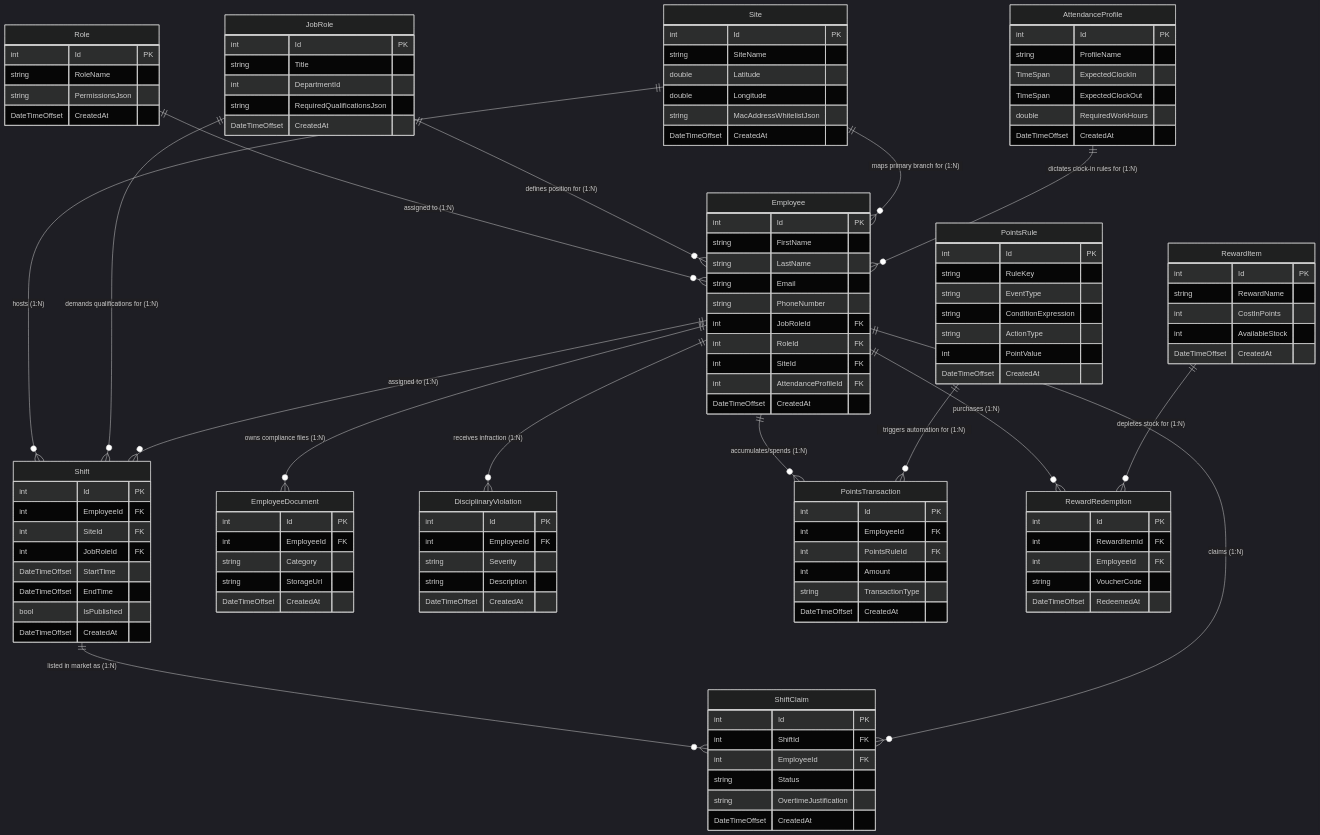
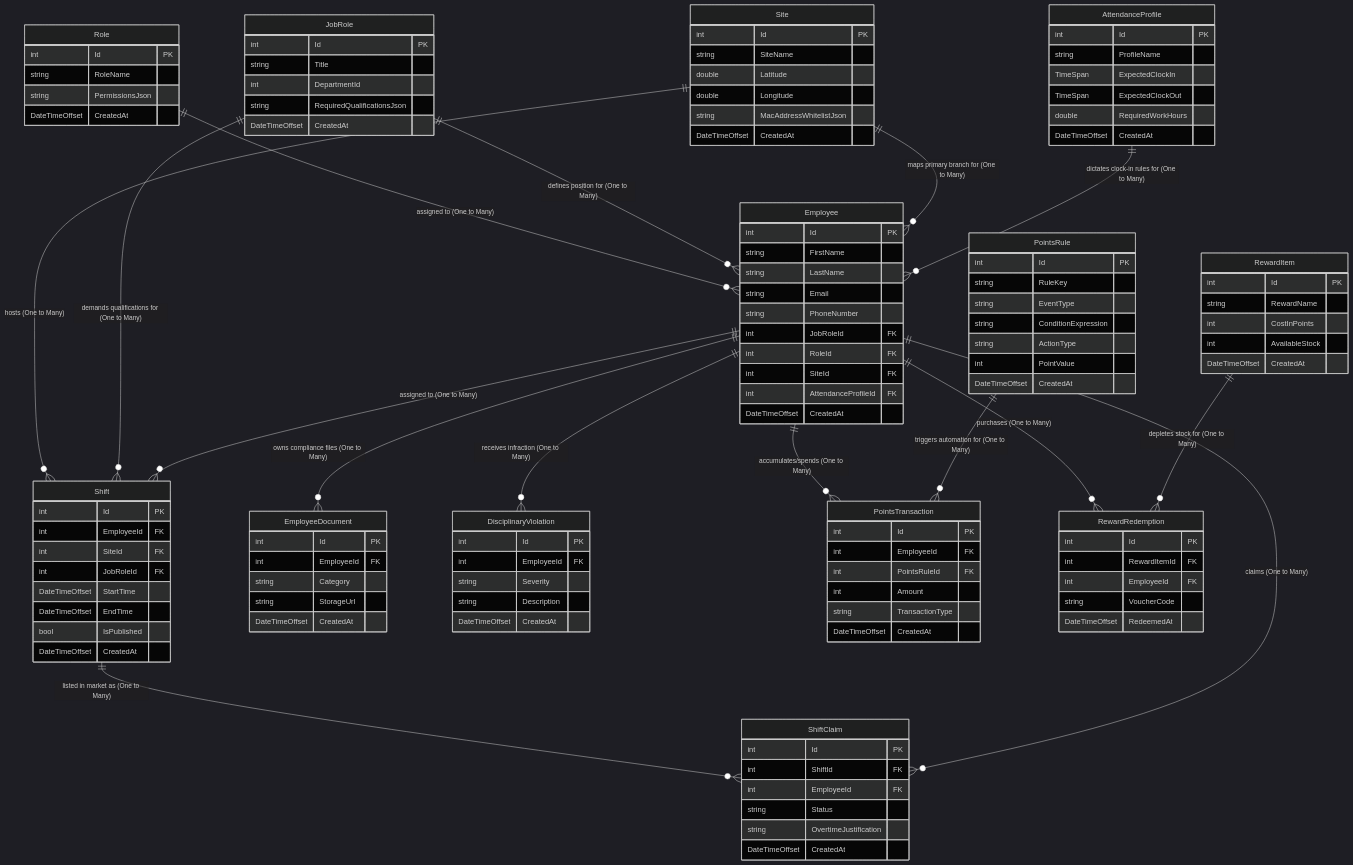
One commit to Moha-sami/HR_System changed the diagram in docs/ERD.md. Above: the diagram before and after it, drawn with Mermaid (dark theme). The commit also changed other lines of this file and 1 other file, not shown here.

Commit message:
Remove 3rd ERD chart, update cardinalities to explicit One to Many

````diff
--- a/docs/ERD.md
+++ b/docs/ERD.md
@@ -54,26 +46,26 @@
 ```mermaid
 erDiagram
 
-    Role ||--o{ Employee : "assigned to (1:N)"
-    JobRole ||--o{ Employee : "defines position for (1:N)"
-    Site ||--o{ Employee : "maps primary branch for (1:N)"
-    AttendanceProfile ||--o{ Employee : "dictates clock-in rules for (1:N)"
+    Role ||--o{ Employee : "assigned to (One to Many)"
+    JobRole ||--o{ Employee : "defines position for (One to Many)"
+    Site ||--o{ Employee : "maps primary branch for (One to Many)"
+    AttendanceProfile ||--o{ Employee : "dictates clock-in rules for (One to Many)"
     
-    Site ||--o{ Shift : "hosts (1:N)"
-    JobRole ||--o{ Shift : "demands qualifications for (1:N)"
-    Employee ||--o{ Shift : "assigned to (1:N)"
+    Site ||--o{ Shift : "hosts (One to Many)"
+    JobRole ||--o{ Shift : "demands qualifications for (One to Many)"
+    Employee ||--o{ Shift : "assigned to (One to Many)"
     
-    Shift ||--o{ ShiftClaim : "listed in market as (1:N)"
-    Employee ||--o{ ShiftClaim : "claims (1:N)"
+    Shift ||--o{ ShiftClaim : "listed in market as (One to Many)"
+    Employee ||--o{ ShiftClaim : "claims (One to Many)"
     
-    Employee ||--o{ EmployeeDocument : "owns compliance files (1:N)"
-    Employee ||--o{ DisciplinaryViolation : "receives infraction (1:N)"
+    Employee ||--o{ EmployeeDocument : "owns compliance files (One to Many)"
+    Employee ||--o{ DisciplinaryViolation : "receives infraction (One to Many)"
     
-    Employee ||--o{ PointsTransaction : "accumulates/spends (1:N)"
-    PointsRule ||--o{ PointsTransaction : "triggers automation for (1:N)"
+    Employee ||--o{ PointsTransaction : "accumulates/spends (One to Many)"
+    PointsRule ||--o{ PointsTransaction : "triggers automation for (One to Many)"
     
-    Employee ||--o{ RewardRedemption : "purchases (1:N)"
-    RewardItem ||--o{ RewardRedemption : "depletes stock for (1:N)"
+    Employee ||--o{ RewardRedemption : "purchases (One to Many)"
+    RewardItem ||--o{ RewardRedemption : "depletes stock for (One to Many)"
 
     Role {
         int Id PK
````
